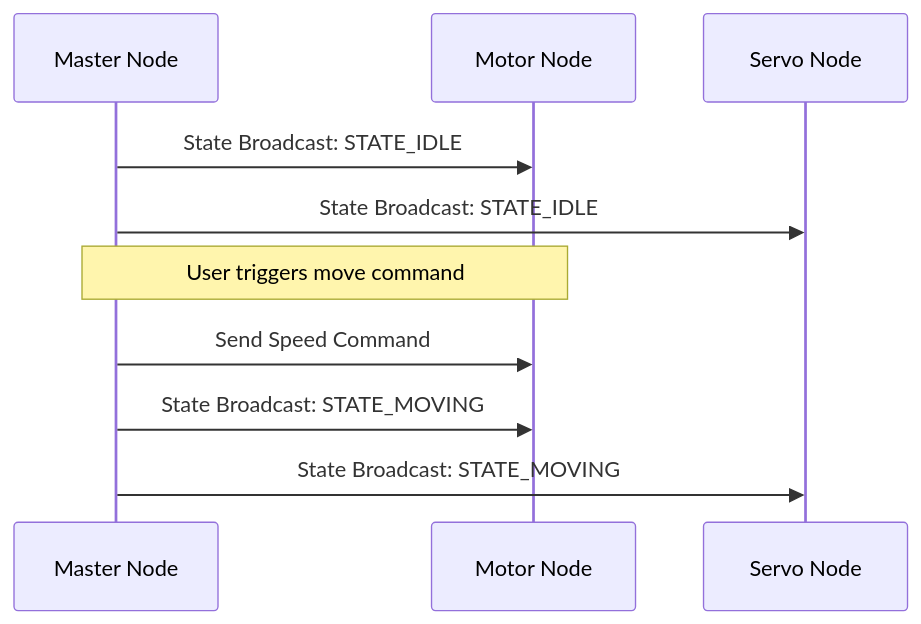
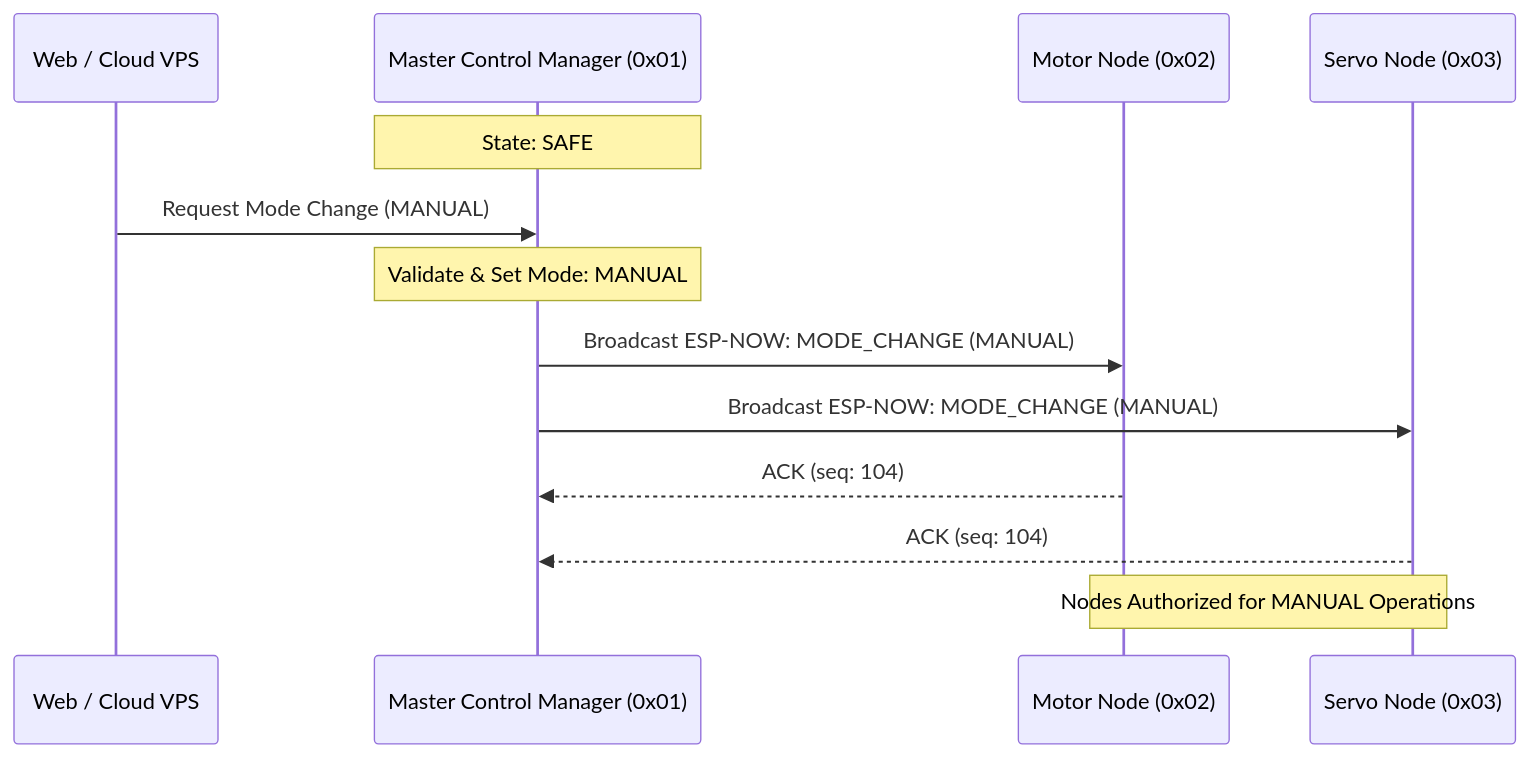
The diagram in main_site/docs/09_Communication/Synchronization.md (sakxam-xeetri/prayas), drawn with Mermaid before and after one commit. The commit also changed other lines of this file and 35 other files, not shown here.

Commit message:
docs: establish technical documentation and site architecture for PRAYAS V1 control and communication subsystems.

````diff
--- a/main_site/docs/09_Communication/Synchronization.md
+++ b/main_site/docs/09_Communication/Synchronization.md
@@ -9,13 +12,16 @@
 ```mermaid
 sequenceDiagram
-    participant Master as Master Node
-    participant Motor as Motor Node
-    participant Servo as Servo Node
+    participant Web as Web / Cloud VPS
+    participant Master as Master Control Manager (0x01)
+    participant Motor as Motor Node (0x02)
+    participant Servo as Servo Node (0x03)
     
-    Master->>Motor: State Broadcast: STATE_IDLE
-    Master->>Servo: State Broadcast: STATE_IDLE
-    Note over Master, Motor: User triggers move command
-    Master->>Motor: Send Speed Command
-    Master->>Motor: State Broadcast: STATE_MOVING
-    Master->>Servo: State Broadcast: STATE_MOVING
+    Note over Master: State: SAFE
+    Web->>Master: Request Mode Change (MANUAL)
+    Note over Master: Validate & Set Mode: MANUAL
+    Master->>Motor: Broadcast ESP-NOW: MODE_CHANGE (MANUAL)
+    Master->>Servo: Broadcast ESP-NOW: MODE_CHANGE (MANUAL)
+    Motor-->>Master: ACK (seq: 104)
+    Servo-->>Master: ACK (seq: 104)
+    Note over Motor, Servo: Nodes Authorized for MANUAL Operations
 ```
````
